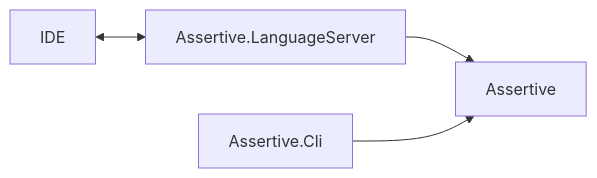
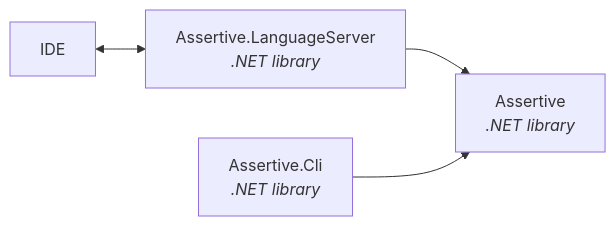
The diagram in Technology.md (Jokelab/Assertive.Docs), drawn with Mermaid before and after one commit.

Commit message:
Update diagram

````diff
--- a/Technology.md
+++ b/Technology.md
@@ -9,6 +9,15 @@
 ```mermaid
 graph LR;
+Assertive.LanguageServer["`Assertive.LanguageServer
+_.NET library_`"]
+
+Assertive["`Assertive
+_.NET library_`"]
+
+Assertive.Cli["`Assertive.Cli
+_.NET library_`"]
+
 IDE <--> Assertive.LanguageServer
 Assertive.LanguageServer --> Assertive
 Assertive.Cli --> Assertive
 ```
````
